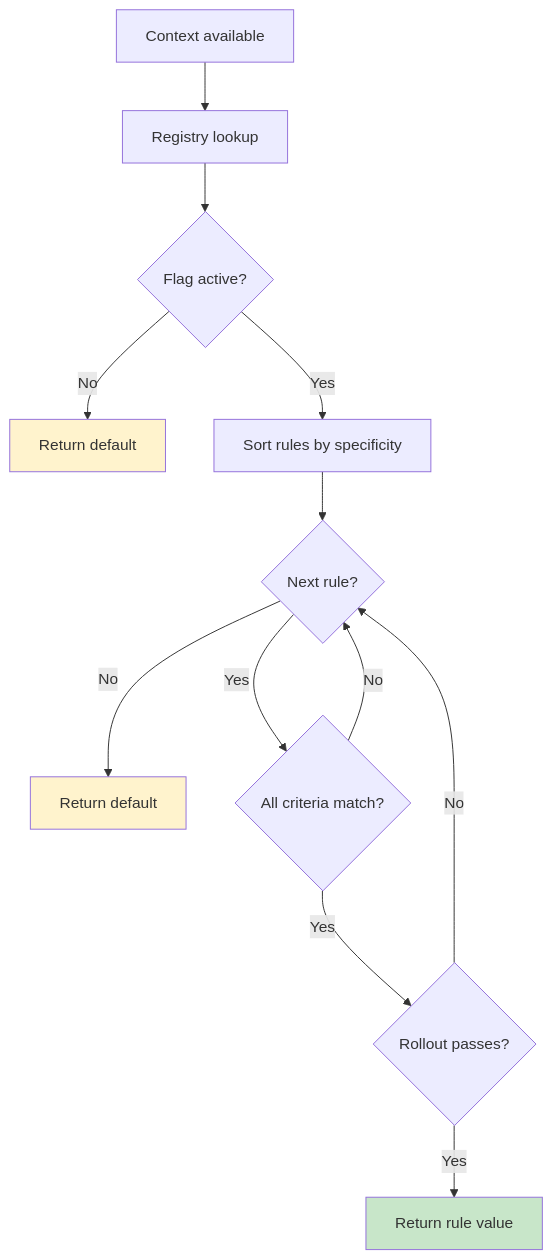
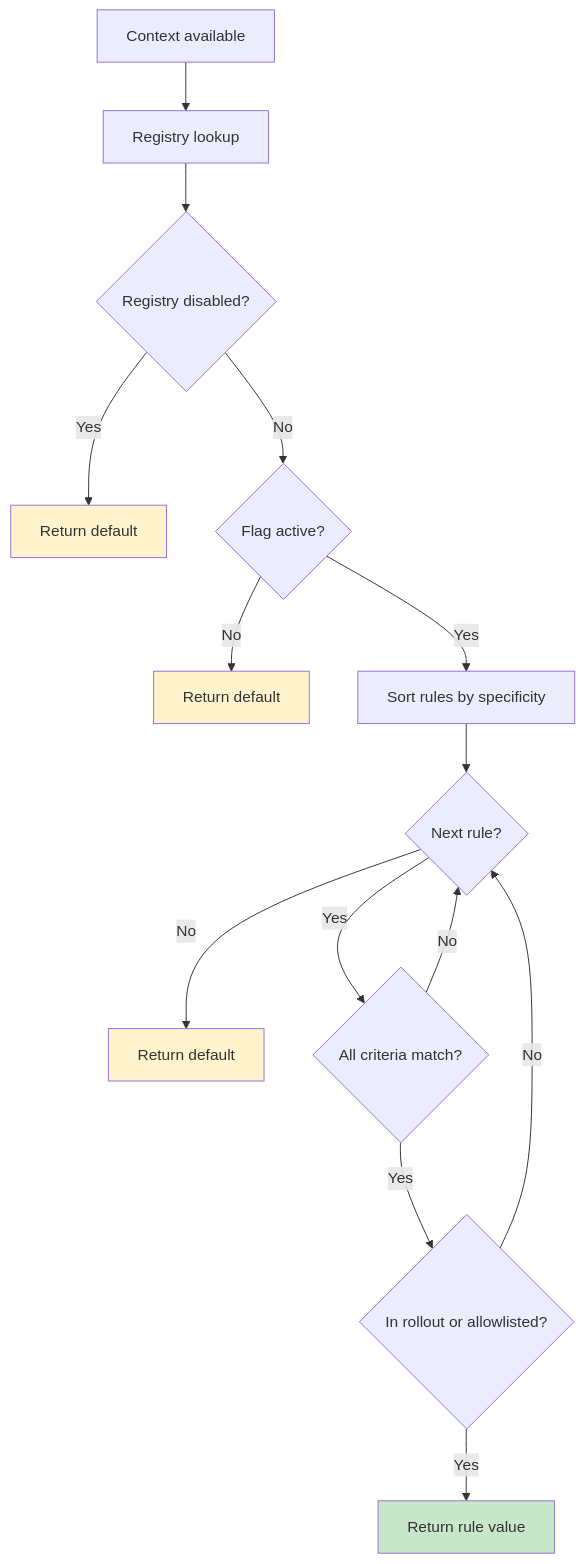
The diagram in docs/05-evaluation.md (amichne/konditional), drawn with Mermaid before and after one commit. The commit also changed other lines of this file and 33 other files, not shown here.

````diff
--- a/docs/05-evaluation.md
+++ b/docs/05-evaluation.md
@@ -43,17 +49,20 @@
 ```mermaid
 flowchart TD
-  Start["Context available"] --> Lookup["Registry lookup"]
-  Lookup --> Active{Flag active?}
-  Active -->|No| Default1["Return default"]
-  Active -->|Yes| Sort["Sort rules by specificity"]
-  Sort --> Next{Next rule?}
-  Next -->|No| Default2["Return default"]
-  Next -->|Yes| Match{All criteria match?}
-  Match -->|No| Next
-  Match -->|Yes| Roll{Rollout passes?}
-  Roll -->|No| Next
-  Roll -->|Yes| Value["Return rule value"]
-  style Default1 fill:#fff3cd
-  style Default2 fill:#fff3cd
-  style Value fill:#c8e6c9
+    Start["Context available"] --> Lookup["Registry lookup"]
+    Lookup --> Disabled{Registry disabled?}
+    Disabled -->|Yes| Default0["Return default"]
+    Disabled -->|No| Active{Flag active?}
+    Active -->|No| Default1["Return default"]
+    Active -->|Yes| Sort["Sort rules by specificity"]
+    Sort --> Next{Next rule?}
+    Next -->|No| Default2["Return default"]
+    Next -->|Yes| Match{All criteria match?}
+    Match -->|No| Next
+    Match -->|Yes| Roll{In rollout or allowlisted?}
+    Roll -->|No| Next
+    Roll -->|Yes| Value["Return rule value"]
+    style Default0 fill: #fff3cd
+    style Default1 fill: #fff3cd
+    style Default2 fill: #fff3cd
+    style Value fill: #c8e6c9
 ```
````
